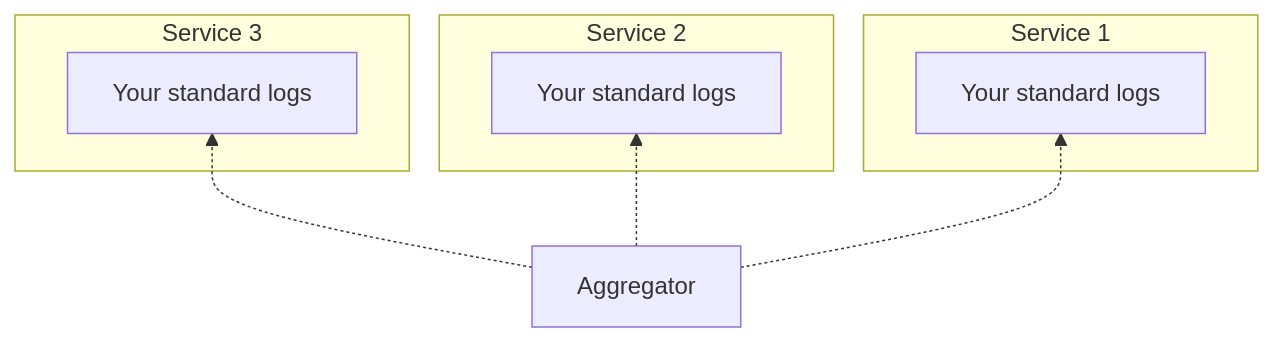
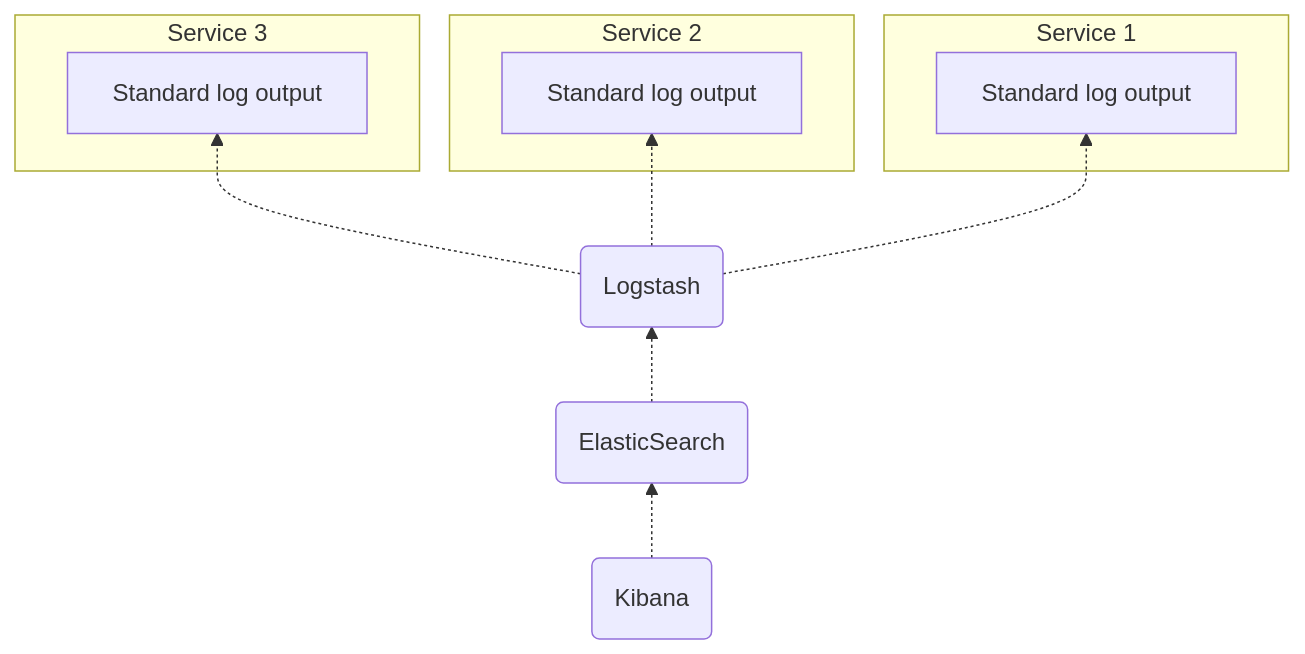
Before and after one commit to kbariotis/kostasbariotis.com: the diagram in blog/aggregated-logging/index.md, drawn with Mermaid. The commit also changed other lines of this file, not shown here.

````diff
--- a/blog/aggregated-logging/index.md
+++ b/blog/aggregated-logging/index.md
@@ -40,18 +40,26 @@
 ```mermaid
 graph BT
   subgraph Service 1
-    stdout1[Your standard logs]
+    stdout1[Standard log output]
   end
   subgraph Service 2
-    stdout2[Your standard logs]
+    stdout2[Standard log output]
   end
   subgraph Service 3
-    stdout3[Your standard logs]
+    stdout3[Standard log output]
   end
 
-  Application-.->stdout1
-  Application-.->stdout2
-  Application-.->stdout3
+  Aggregator-.->stdout1
+  Aggregator-.->stdout2
+  Aggregator-.->stdout3
 
-  Application[Aggregator]
+  Indexing-.->Aggregator
+
+  Visualization-.->Indexing
+
+  Aggregator(Logstash)
+
+  Indexing(ElasticSearch)
+
+  Visualization(Kibana)
 ```
````
